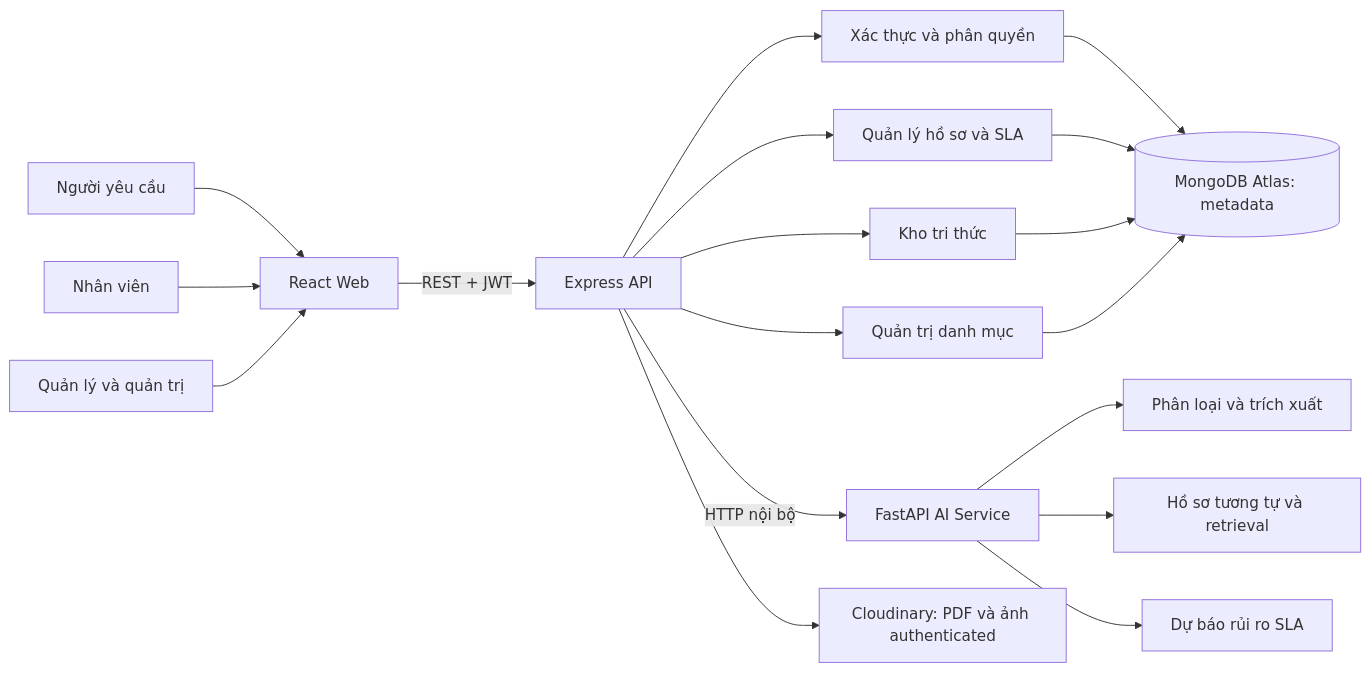
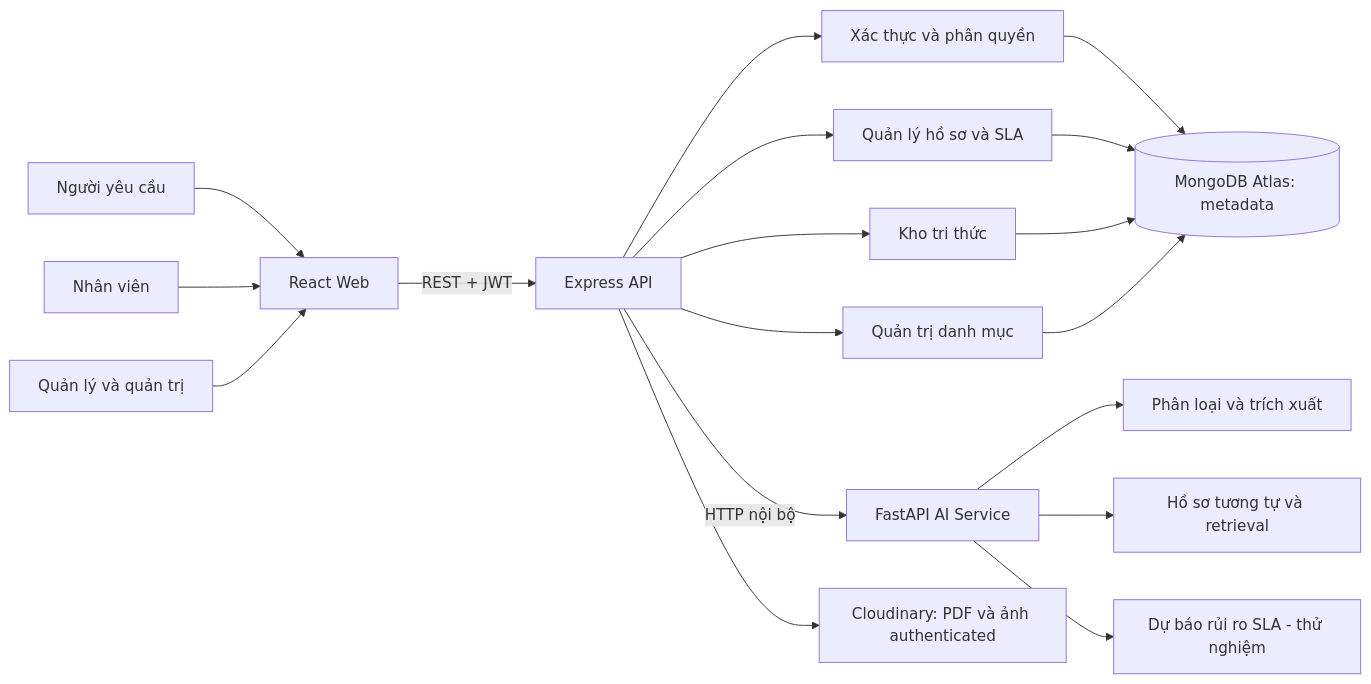
One commit to YOUNGLEE2510/caseflowAI changed the first of 4 diagrams in docs/DIAGRAMS.md. Above: the diagram before and after it, drawn with Mermaid. The commit also changed 55 other files, not shown here.

````diff
--- a/docs/DIAGRAMS.md
+++ b/docs/DIAGRAMS.md
@@ -7,20 +7,20 @@
 ```mermaid
 flowchart LR
   R[Người yêu cầu] --> WEB[React Web]
   A[Nhân viên] --> WEB
   M[Quản lý và quản trị] --> WEB
   WEB -->|REST + JWT| API[Express API]
   API --> AUTH[Xác thực và phân quyền]
   API --> CASE[Quản lý hồ sơ và SLA]
   API --> KB[Kho tri thức]
   API --> ADMIN[Quản trị danh mục]
   AUTH --> DB[(MongoDB Atlas: metadata)]
   CASE --> DB
   KB --> DB
   ADMIN --> DB
   API -->|HTTP nội bộ| AI[FastAPI AI Service]
   AI --> CLS[Phân loại và trích xuất]
   AI --> RET[Hồ sơ tương tự và retrieval]
-  AI --> SLA[Dự báo rủi ro SLA]
+  AI --> SLA[Dự báo rủi ro SLA - thử nghiệm]
   API --> FILES[Cloudinary: PDF và ảnh authenticated]
 ```
````
